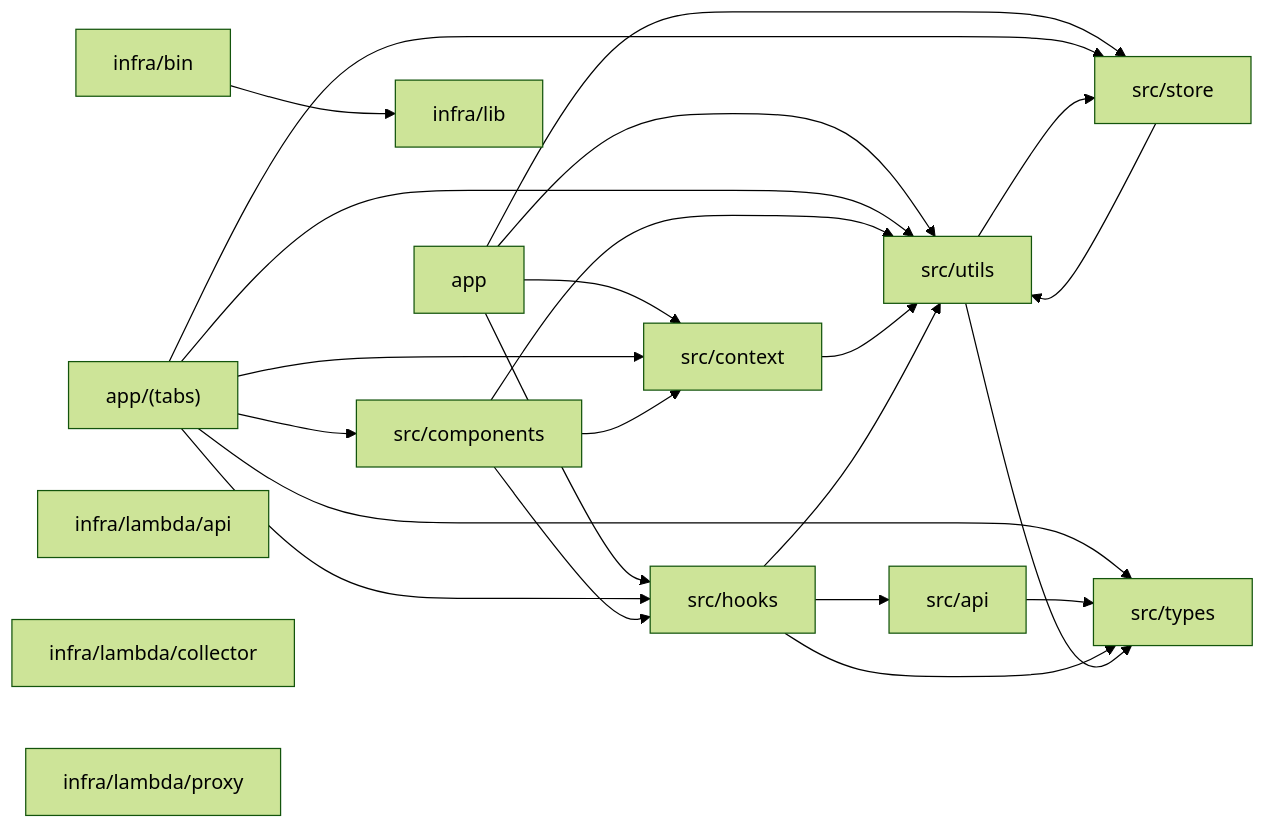
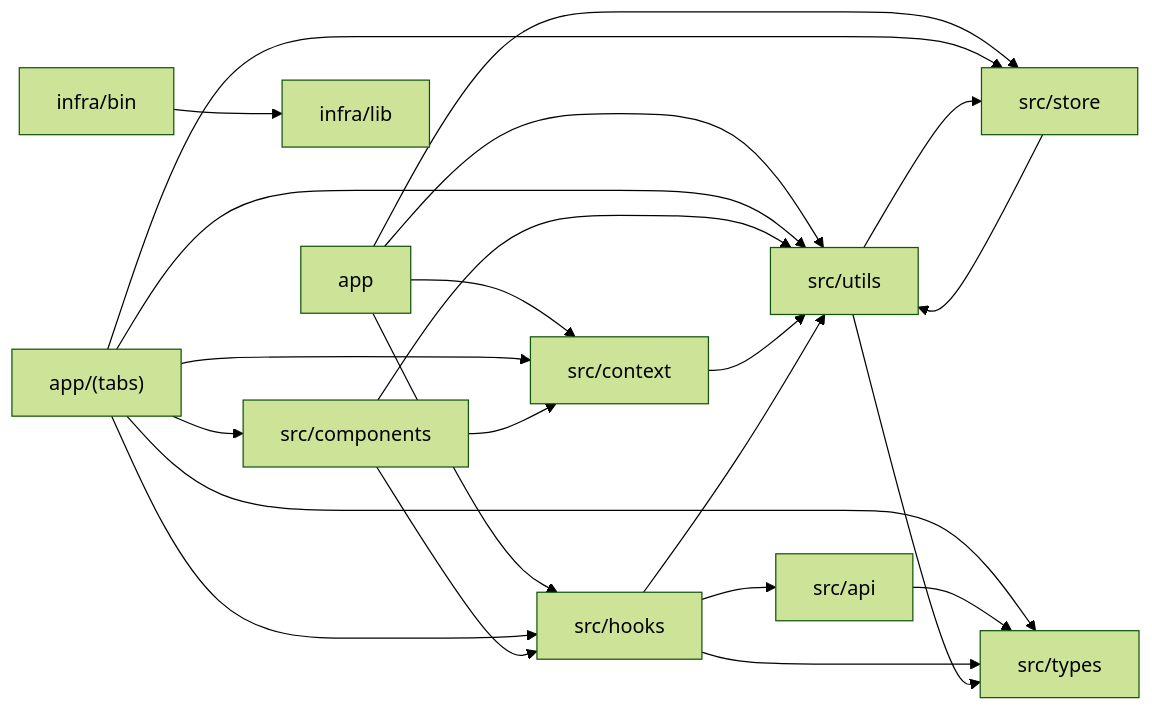
Before and after one commit to rufbulldog/ferry-tracker: the diagram in docs/spec/_systems/architecture.md, drawn with Mermaid (forest theme). The commit also changed other lines of this file and 4 other files, not shown here.

Commit message:
spec: refresh code-systems at engine v1.0.2 (refined architecture graph)

````diff
--- a/docs/spec/_systems/architecture.md
+++ b/docs/spec/_systems/architecture.md
@@ -18,39 +20,36 @@
 ```mermaid
 flowchart LR
   n_app["app"]
   n_app_tabs["app/(tabs)"]
   n_infra_bin["infra/bin"]
-  n_infra_lambda_api["infra/lambda/api"]
-  n_infra_lambda_collector["infra/lambda/collector"]
-  n_infra_lambda_proxy["infra/lambda/proxy"]
   n_infra_lib["infra/lib"]
   n_src_api["src/api"]
   n_src_components["src/components"]
   n_src_context["src/context"]
   n_src_hooks["src/hooks"]
   n_src_store["src/store"]
   n_src_types["src/types"]
   n_src_utils["src/utils"]
   n_app --> n_src_context
   n_app --> n_src_hooks
   n_app --> n_src_store
   n_app --> n_src_utils
   n_app_tabs --> n_src_components
   n_app_tabs --> n_src_context
   n_app_tabs --> n_src_hooks
   n_app_tabs --> n_src_store
   n_app_tabs --> n_src_types
   n_app_tabs --> n_src_utils
   n_infra_bin --> n_infra_lib
   n_src_api --> n_src_types
   n_src_components --> n_src_context
   n_src_components --> n_src_hooks
   n_src_components --> n_src_utils
   n_src_context --> n_src_utils
   n_src_hooks --> n_src_api
   n_src_hooks --> n_src_types
   n_src_hooks --> n_src_utils
   n_src_store --> n_src_utils
   n_src_utils --> n_src_store
   n_src_utils --> n_src_types
 ```
````
